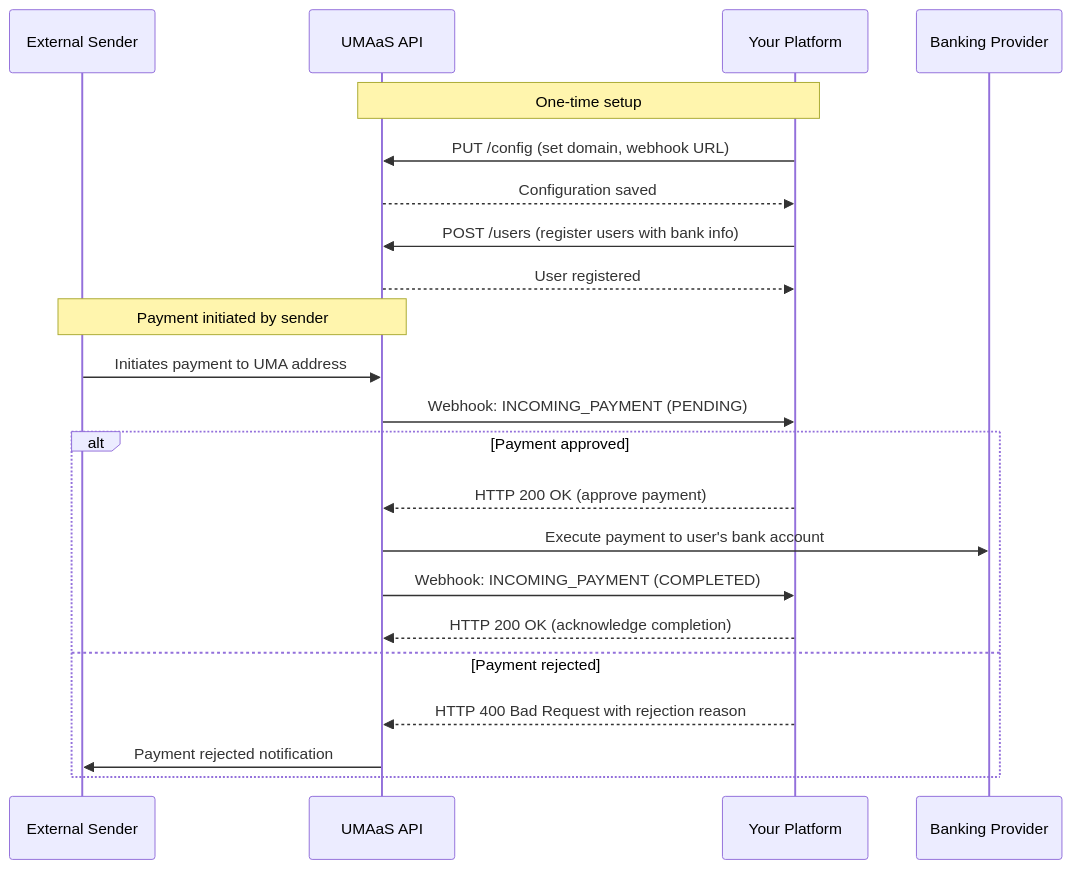
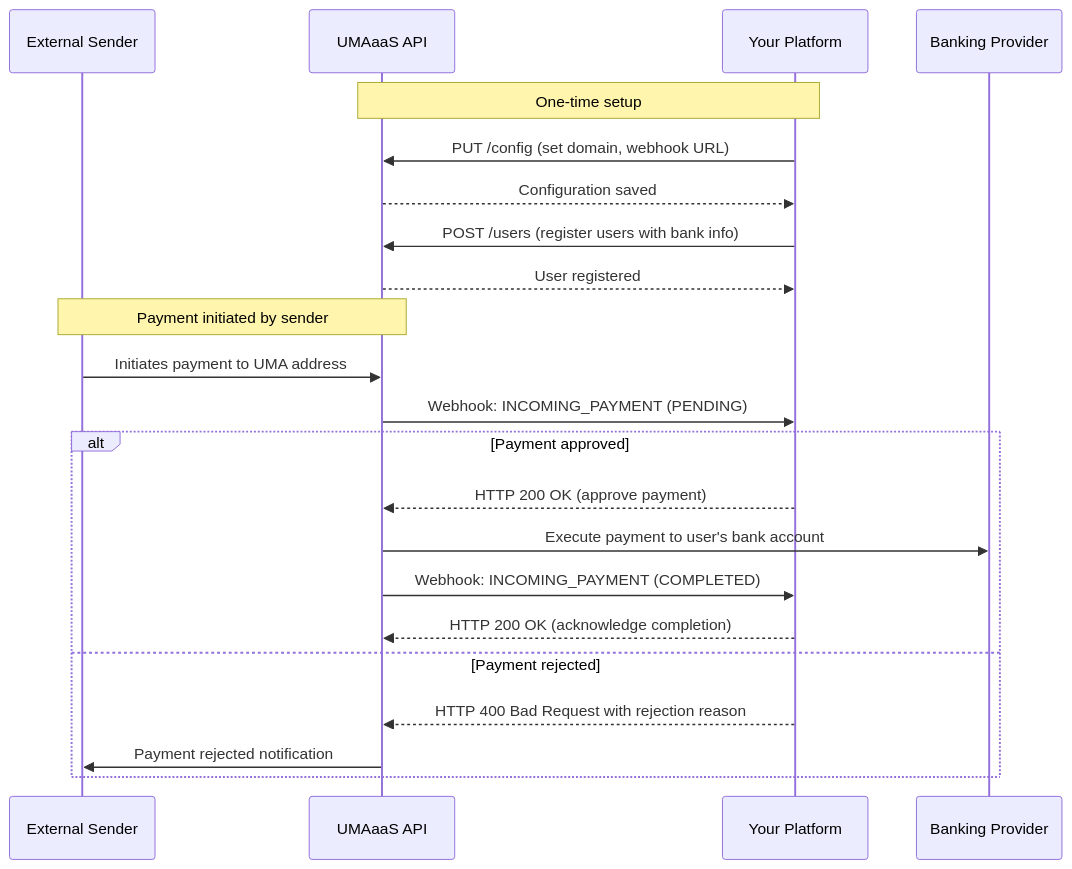
Before and after one commit to lightsparkdev/umaaas-api: the diagram in docs/guides/receiving-payments.md, drawn with Mermaid. The commit also changed other lines of this file and 12 other files, not shown here.

````diff
--- a/docs/guides/receiving-payments.md
+++ b/docs/guides/receiving-payments.md
@@ -9,27 +9,27 @@
 ```mermaid
 sequenceDiagram
     participant Sender as External Sender
-    participant UMAaS as UMAaS API
+    participant UMAaaS as UMAaaS API
     participant Client as Your Platform
     participant Bank as Banking Provider
     
-    Note over Client, UMAaS: One-time setup
-    Client->>UMAaS: PUT /config (set domain, webhook URL)
-    UMAaS-->>Client: Configuration saved
-    Client->>UMAaS: POST /users (register users with bank info)
-    UMAaS-->>Client: User registered
+    Note over Client, UMAaaS: One-time setup
+    Client->>UMAaaS: PUT /config (set domain, webhook URL)
+    UMAaaS-->>Client: Configuration saved
+    Client->>UMAaaS: POST /users (register users with bank info)
+    UMAaaS-->>Client: User registered
     
-    Note over Sender, UMAaS: Payment initiated by sender
-    Sender->>UMAaS: Initiates payment to UMA address
-    UMAaS->>Client: Webhook: INCOMING_PAYMENT (PENDING)
+    Note over Sender, UMAaaS: Payment initiated by sender
+    Sender->>UMAaaS: Initiates payment to UMA address
+    UMAaaS->>Client: Webhook: INCOMING_PAYMENT (PENDING)
     
     alt Payment approved
-        Client-->>UMAaS: HTTP 200 OK (approve payment)
-        UMAaS->>Bank: Execute payment to user's bank account
-        UMAaS->>Client: Webhook: INCOMING_PAYMENT (COMPLETED)
-        Client-->>UMAaS: HTTP 200 OK (acknowledge completion)
+        Client-->>UMAaaS: HTTP 200 OK (approve payment)
+        UMAaaS->>Bank: Execute payment to user's bank account
+        UMAaaS->>Client: Webhook: INCOMING_PAYMENT (COMPLETED)
+        Client-->>UMAaaS: HTTP 200 OK (acknowledge completion)
     else Payment rejected
-        Client-->>UMAaS: HTTP 400 Bad Request with rejection reason
-        UMAaS->>Sender: Payment rejected notification
+        Client-->>UMAaaS: HTTP 400 Bad Request with rejection reason
+        UMAaaS->>Sender: Payment rejected notification
     end
 ```
````
